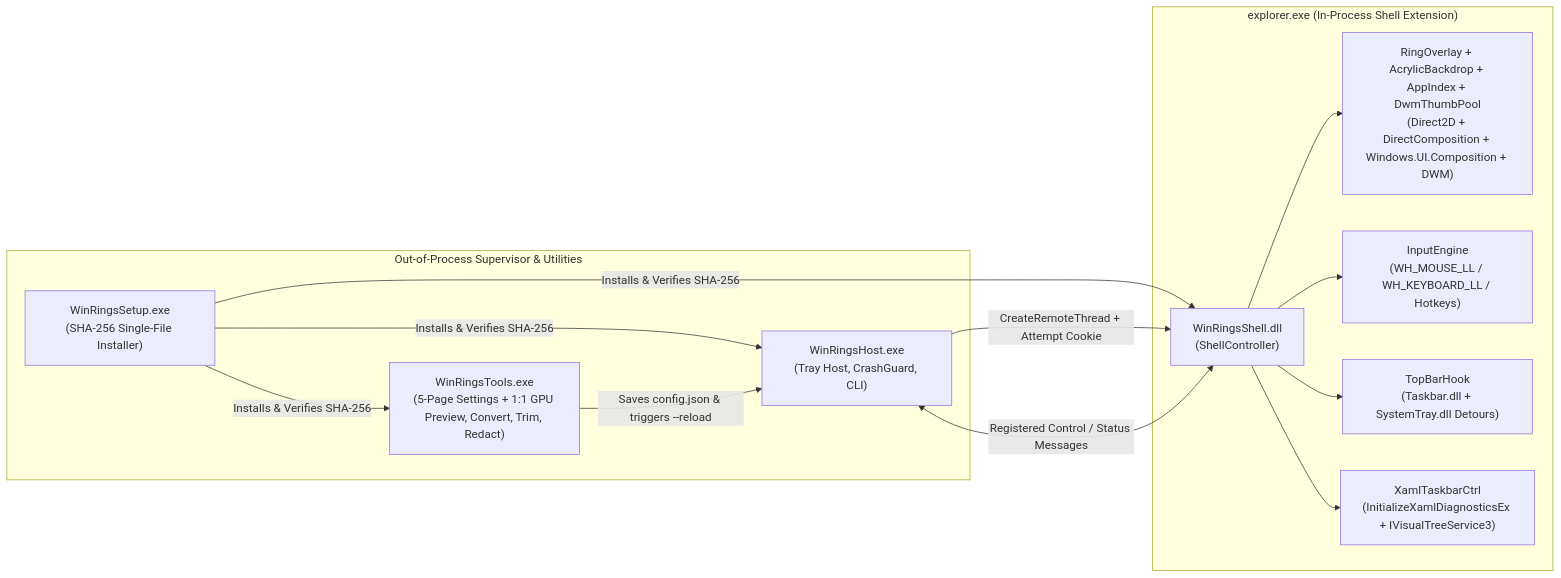
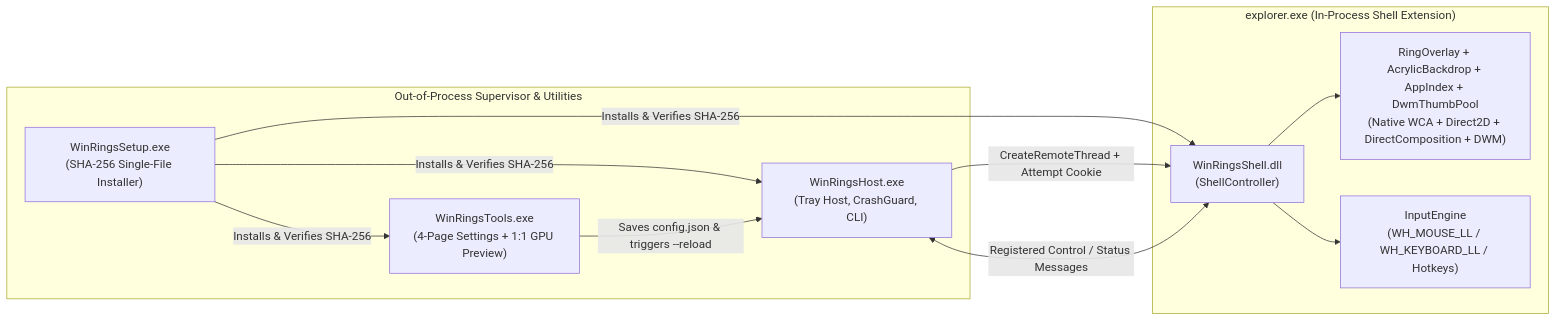
Before and after one commit to AhmadotEng/WinRings: the diagram in README.md, drawn with Mermaid. The commit also changed other lines of this file and 39 other files, not shown here.

````diff
--- a/README.md
+++ b/README.md
@@ -76,27 +67,23 @@
 ```mermaid
 flowchart LR
     subgraph UserSpace["Out-of-Process Supervisor & Utilities"]
         Host["WinRingsHost.exe<br/>(Tray Host, CrashGuard, CLI)"]
-        Tools["WinRingsTools.exe<br/>(5-Page Settings + 1:1 GPU Preview, Convert, Trim, Redact)"]
+        Tools["WinRingsTools.exe<br/>(4-Page Settings + 1:1 GPU Preview)"]
         Setup["WinRingsSetup.exe<br/>(SHA-256 Single-File Installer)"]
     end
 
     subgraph ExplorerProc["explorer.exe (In-Process Shell Extension)"]
         Shell["WinRingsShell.dll<br/>(ShellController)"]
-        Ring["RingOverlay + AcrylicBackdrop + AppIndex + DwmThumbPool<br/>(Direct2D + DirectComposition + Windows.UI.Composition + DWM)"]
+        Ring["RingOverlay + AcrylicBackdrop + AppIndex + DwmThumbPool<br/>(Native WCA + Direct2D + DirectComposition + DWM)"]
         Input["InputEngine<br/>(WH_MOUSE_LL / WH_KEYBOARD_LL / Hotkeys)"]
-        Hook["TopBarHook<br/>(Taskbar.dll + SystemTray.dll Detours)"]
-        Xaml["XamlTaskbarCtrl<br/>(InitializeXamlDiagnosticsEx + IVisualTreeService3)"]
     end
 
     Setup -->|Installs & Verifies SHA-256| Host
     Setup -->|Installs & Verifies SHA-256| Shell
     Setup -->|Installs & Verifies SHA-256| Tools
     Host -->|CreateRemoteThread + Attempt Cookie| Shell
     Host <-->|Registered Control / Status Messages| Shell
     Tools -->|Saves config.json & triggers --reload| Host
     Shell --> Ring
     Shell --> Input
-    Shell --> Hook
-    Shell --> Xaml
 ```
````
